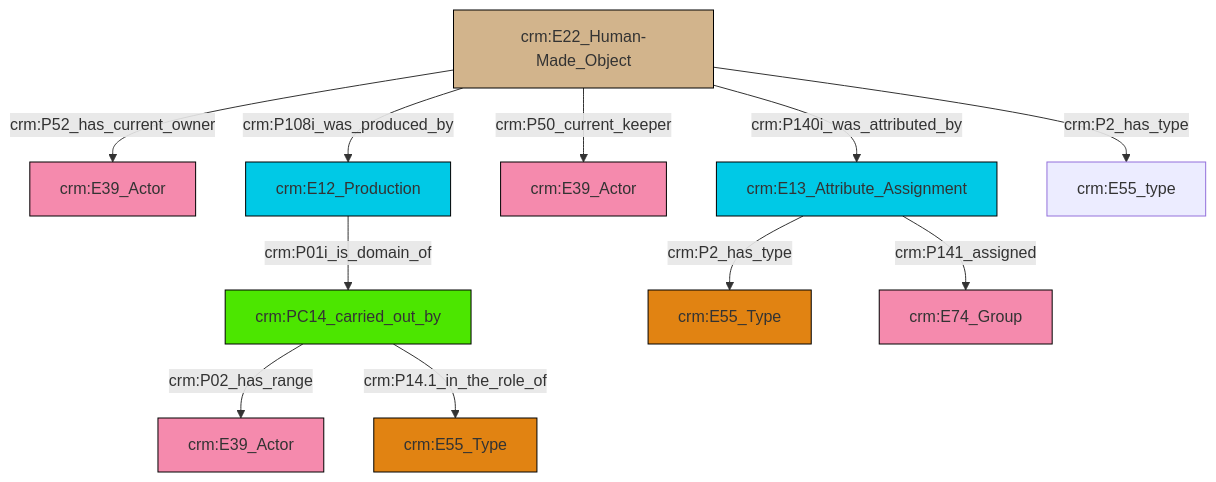
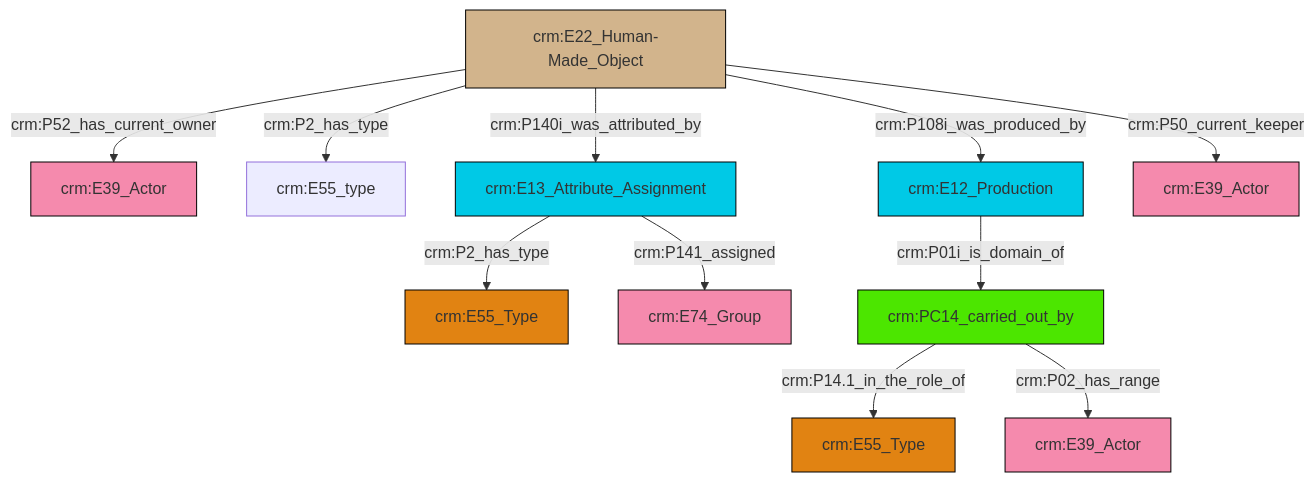
The diagram in et/artworkCSV/ttl/mmd/Artwork_Actor_Relations.ttl.mmd (swiss-art-research-net/docs.swissartresearch), drawn with Mermaid before and after one commit. The commit also changed 204 other files, not shown here.

```diff
--- a/et/artworkCSV/ttl/mmd/Artwork_Actor_Relations.ttl.mmd
+++ b/et/artworkCSV/ttl/mmd/Artwork_Actor_Relations.ttl.mmd
@@ -1,25 +1,25 @@
 graph TD
 classDef Literal fill:#f2f2f2,stroke:#000000;
 classDef CRM_Entity fill:#FFFFFF,stroke:#000000;
 classDef Temporal_Entity fill:#00C9E6, stroke:#000000;
 classDef Type fill:#E18312, stroke:#000000;
 classDef Time-Span fill:#2C9C91, stroke:#000000;
 classDef Appellation fill:#FFEB7F, stroke:#000000;
 classDef Place fill:#008836, stroke:#000000;
 classDef Persistent_Item fill:#B266B2, stroke:#000000;
 classDef Conceptual_Object fill:#FFD700, stroke:#000000;
 classDef Physical_Thing fill:#D2B48C, stroke:#000000;
 classDef Actor fill:#f58aad, stroke:#000000;
 classDef PC_Classes fill:#4ce600, stroke:#000000;
 classDef Multi fill:#cccccc,stroke:#000000;
 
-2["crm:E22_Human-Made_Object"]:::Physical_Thing -->|crm:P108i_was_produced_by| 3["crm:E12_Production"]:::Temporal_Entity
-4["crm:PC14_carried_out_by"]:::PC_Classes -->|crm:P02_has_range| 6["crm:E39_Actor"]:::Actor
-2["crm:E22_Human-Made_Object"]:::Physical_Thing -->|crm:P50_current_keeper| 7["crm:E39_Actor"]:::Actor
-8["crm:E13_Attribute_Assignment"]:::Temporal_Entity -->|crm:P2_has_type| 9["crm:E55_Type"]:::Type
-3["crm:E12_Production"]:::Temporal_Entity -->|crm:P01i_is_domain_of| 4["crm:PC14_carried_out_by"]:::PC_Classes
-4["crm:PC14_carried_out_by"]:::PC_Classes -->|crm:P14.1_in_the_role_of| 12["crm:E55_Type"]:::Type
-2["crm:E22_Human-Made_Object"]:::Physical_Thing -->|crm:P2_has_type| 15["crm:E55_type"]:::Default
-8["crm:E13_Attribute_Assignment"]:::Temporal_Entity -->|crm:P141_assigned| 10["crm:E74_Group"]:::Actor
-2["crm:E22_Human-Made_Object"]:::Physical_Thing -->|crm:P52_has_current_owner| 0["crm:E39_Actor"]:::Actor
-2["crm:E22_Human-Made_Object"]:::Physical_Thing -->|crm:P140i_was_attributed_by| 8["crm:E13_Attribute_Assignment"]:::Temporal_Entity
+0["crm:E22_Human-Made_Object"]:::Physical_Thing -->|crm:P52_has_current_owner| 1["crm:E39_Actor"]:::Actor
+0["crm:E22_Human-Made_Object"]:::Physical_Thing -->|crm:P2_has_type| 3["crm:E55_type"]:::Default
+12["crm:E13_Attribute_Assignment"]:::Temporal_Entity -->|crm:P141_assigned| 6["crm:E74_Group"]:::Actor
+8["crm:PC14_carried_out_by"]:::PC_Classes -->|crm:P14.1_in_the_role_of| 10["crm:E55_Type"]:::Type
+8["crm:PC14_carried_out_by"]:::PC_Classes -->|crm:P02_has_range| 15["crm:E39_Actor"]:::Actor
+0["crm:E22_Human-Made_Object"]:::Physical_Thing -->|crm:P140i_was_attributed_by| 12["crm:E13_Attribute_Assignment"]:::Temporal_Entity
+16["crm:E12_Production"]:::Temporal_Entity -->|crm:P01i_is_domain_of| 8["crm:PC14_carried_out_by"]:::PC_Classes
+0["crm:E22_Human-Made_Object"]:::Physical_Thing -->|crm:P108i_was_produced_by| 16["crm:E12_Production"]:::Temporal_Entity
+12["crm:E13_Attribute_Assignment"]:::Temporal_Entity -->|crm:P2_has_type| 4["crm:E55_Type"]:::Type
+0["crm:E22_Human-Made_Object"]:::Physical_Thing -->|crm:P50_current_keeper| 19["crm:E39_Actor"]:::Actor
```
